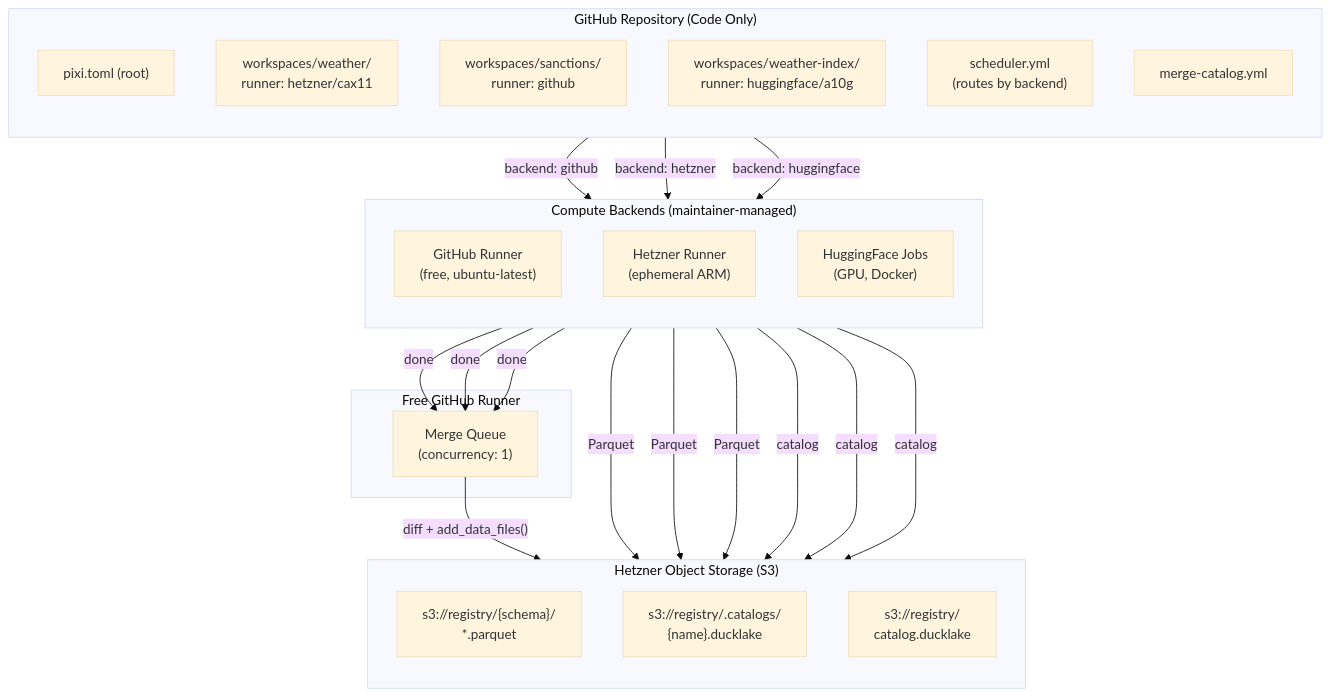
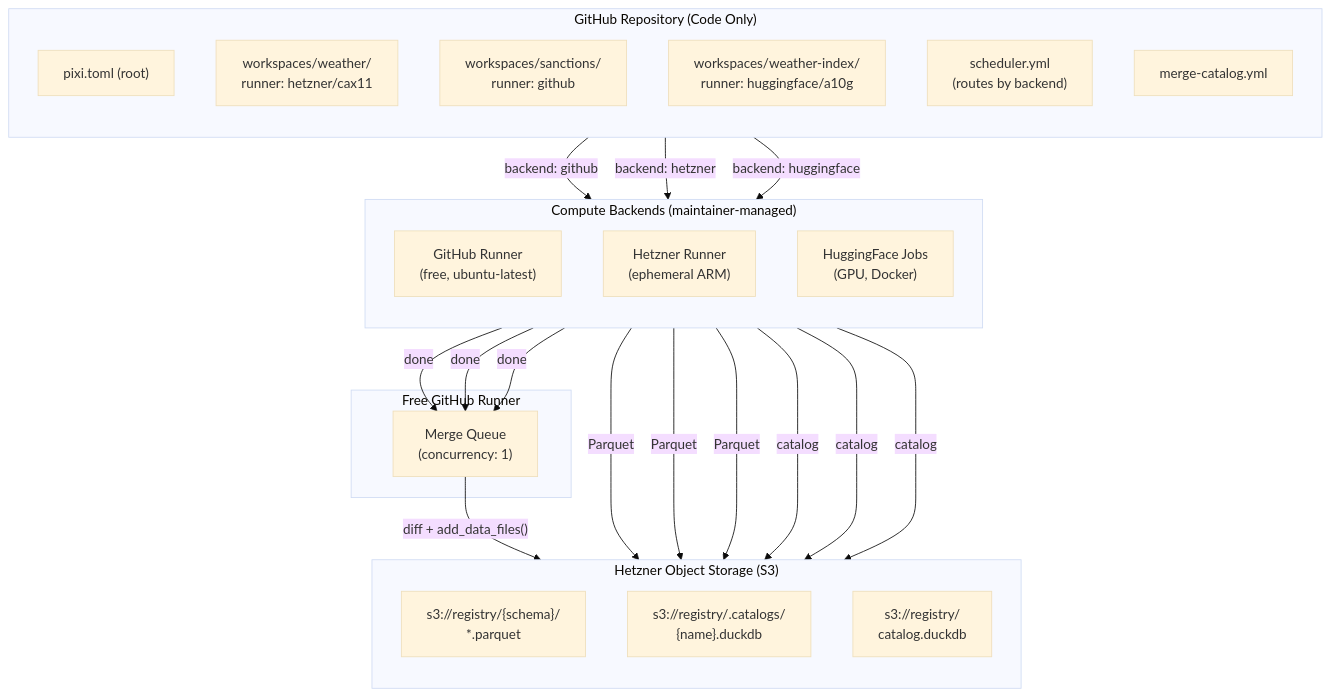
Before and after one commit to tabaqatdev/ai-data-registry: the first of 5 diagrams in research/architecture.md, drawn with Mermaid (base theme). The commit also changed other lines of this file and 10 other files, not shown here.

````diff
--- a/research/architecture.md
+++ b/research/architecture.md
@@ -19,39 +19,39 @@
 ```mermaid
 graph TB
     subgraph "GitHub Repository (Code Only)"
         direction TB
         ROOT["pixi.toml (root)"]
         WS_A["workspaces/weather/<br/>runner: hetzner/cax11"]
         WS_B["workspaces/sanctions/<br/>runner: github"]
         WS_C["workspaces/weather-index/<br/>runner: huggingface/a10g"]
         SCHED["scheduler.yml<br/>(routes by backend)"]
         MERGE_WF["merge-catalog.yml"]
     end
 
     subgraph "Compute Backends (maintainer-managed)"
         direction TB
         GH["GitHub Runner<br/>(free, ubuntu-latest)"]
         HZ["Hetzner Runner<br/>(ephemeral ARM)"]
         HF["HuggingFace Jobs<br/>(GPU, Docker)"]
     end
 
     subgraph "Hetzner Object Storage (S3)"
         direction TB
         S3["s3://registry/{schema}/<br/>*.parquet"]
-        CATS["s3://registry/.catalogs/<br/>{name}.ducklake"]
-        GLOBAL["s3://registry/<br/>catalog.ducklake"]
+        CATS["s3://registry/.catalogs/<br/>{name}.duckdb"]
+        GLOBAL["s3://registry/<br/>catalog.duckdb"]
     end
 
     subgraph "Free GitHub Runner"
         MQ["Merge Queue<br/>(concurrency: 1)"]
     end
 
     SCHED -->|"backend: github"| GH
     SCHED -->|"backend: hetzner"| HZ
     SCHED -->|"backend: huggingface"| HF
 
     GH & HZ & HF -->|"Parquet"| S3
     GH & HZ & HF -->|"catalog"| CATS
     GH & HZ & HF -->|"done"| MQ
     MQ -->|"diff + add_data_files()"| GLOBAL
 ```
````
